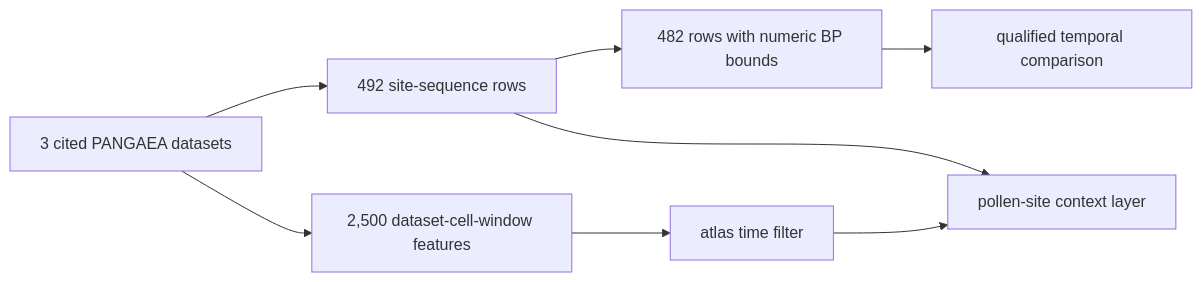
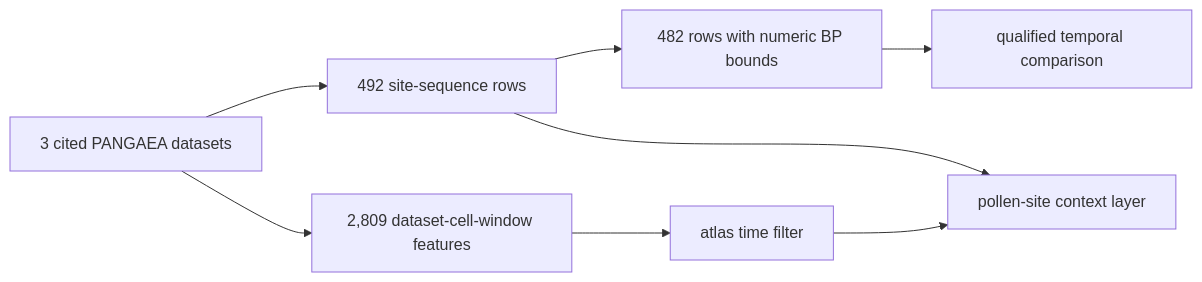
The first of 2 diagrams in docs/public/pollenomics-data/publications/landclim-exports.md (bijux/bijux-pollenomics), drawn with Mermaid before and after one commit. The commit also changed other lines of this file and 3 other files, not shown here.

````diff
--- a/docs/public/pollenomics-data/publications/landclim-exports.md
+++ b/docs/public/pollenomics-data/publications/landclim-exports.md
@@ -51,10 +51,10 @@
 ```mermaid
 flowchart LR
     Datasets["3 cited PANGAEA datasets"] --> Sites["492 site-sequence rows"]
-    Datasets --> Grids["2,500 dataset-cell-window features"]
+    Datasets --> Grids["2,809 dataset-cell-window features"]
     Sites --> Time["482 rows with numeric BP bounds"]
     Sites --> Context["pollen-site context layer"]
     Grids --> Filter["atlas time filter"]
     Filter --> Context
     Time --> Compare["qualified temporal comparison"]
 ```
````
